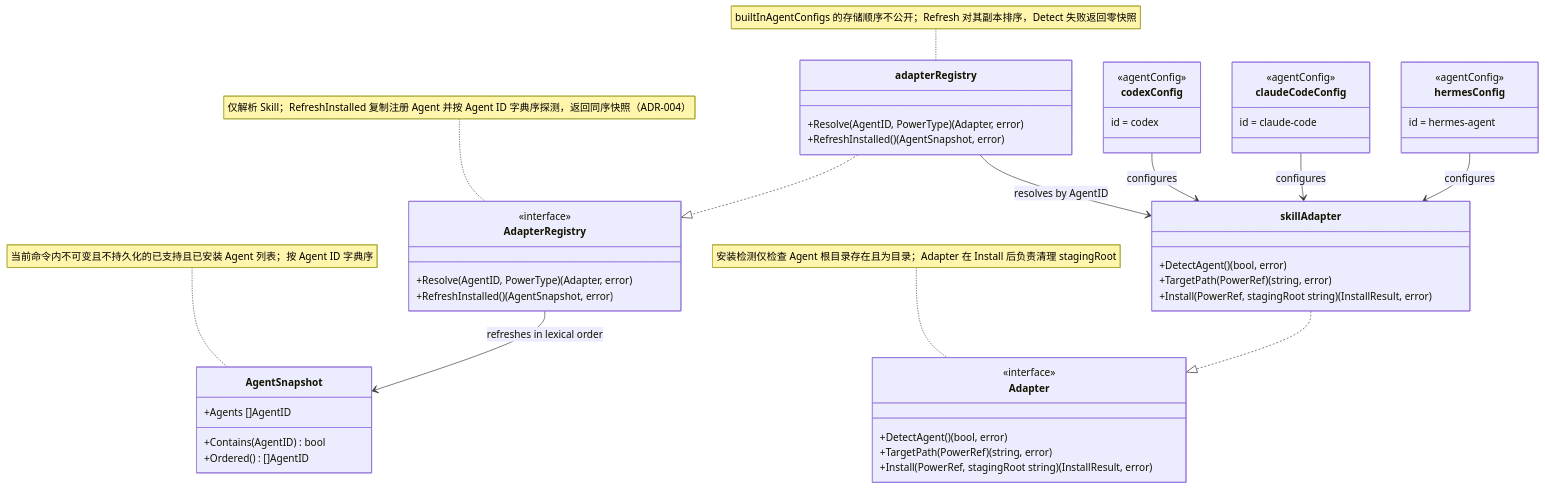
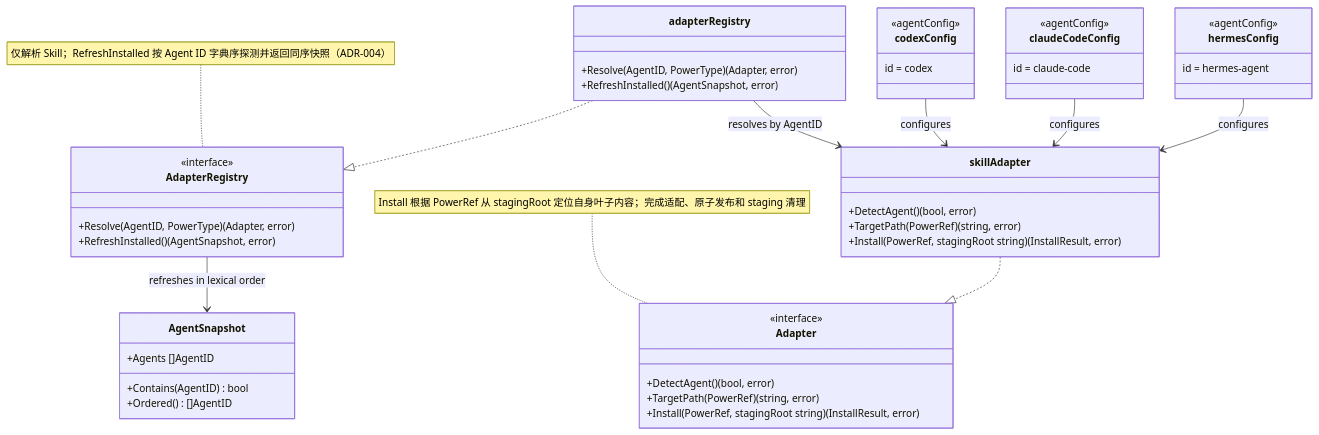
Before and after one commit to spacemit-com/agent-power-manager: the diagram in ivory-tower/c4/components/apm-cli-diagrams/adapter-registry.mmd, drawn with Mermaid. The commit also changed 29 other files, not shown here.

```diff
--- a/ivory-tower/c4/components/apm-cli-diagrams/adapter-registry.mmd
+++ b/ivory-tower/c4/components/apm-cli-diagrams/adapter-registry.mmd
@@ -1,55 +1,48 @@
 classDiagram
-    note for AdapterRegistry "仅解析 Skill；RefreshInstalled 复制注册 Agent 并按 Agent ID 字典序探测，返回同序快照（ADR-004）"
+    note for AdapterRegistry "仅解析 Skill；RefreshInstalled 按 Agent ID 字典序探测并返回同序快照（ADR-004）"
     class AdapterRegistry {
         <<interface>>
         +Resolve(AgentID, PowerType) (Adapter, error)
         +RefreshInstalled() (AgentSnapshot, error)
     }
-
-    note for Adapter "安装检测仅检查 Agent 根目录存在且为目录；Adapter 在 Install 后负责清理 stagingRoot"
+    note for Adapter "Install 根据 PowerRef 从 stagingRoot 定位自身叶子内容；完成适配、原子发布和 staging 清理"
     class Adapter {
         <<interface>>
         +DetectAgent() (bool, error)
         +TargetPath(PowerRef) (string, error)
         +Install(PowerRef, stagingRoot string) (InstallResult, error)
     }
-
-    note for AgentSnapshot "当前命令内不可变且不持久化的已支持且已安装 Agent 列表；按 Agent ID 字典序"
     class AgentSnapshot {
         +Agents []AgentID
         +Contains(AgentID) bool
         +Ordered() []AgentID
     }
-
-    note for adapterRegistry "builtInAgentConfigs 的存储顺序不公开；Refresh 对其副本排序，Detect 失败返回零快照"
     class adapterRegistry {
         +Resolve(AgentID, PowerType) (Adapter, error)
         +RefreshInstalled() (AgentSnapshot, error)
     }
-
     class skillAdapter {
         +DetectAgent() (bool, error)
         +TargetPath(PowerRef) (string, error)
         +Install(PowerRef, stagingRoot string) (InstallResult, error)
     }
-
     class codexConfig {
         <<agentConfig>>
         id = codex
     }
     class claudeCodeConfig {
         <<agentConfig>>
         id = claude-code
     }
     class hermesConfig {
         <<agentConfig>>
         id = hermes-agent
     }
 
     adapterRegistry ..|> AdapterRegistry
     adapterRegistry --> skillAdapter : resolves by AgentID
     AdapterRegistry --> AgentSnapshot : refreshes in lexical order
     skillAdapter ..|> Adapter
     codexConfig --> skillAdapter : configures
     claudeCodeConfig --> skillAdapter : configures
     hermesConfig --> skillAdapter : configures
```
